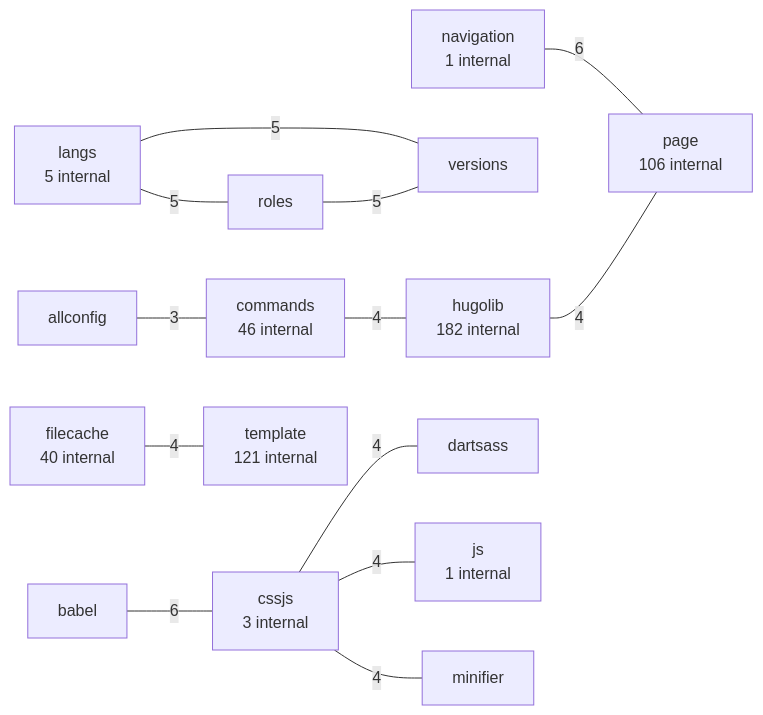
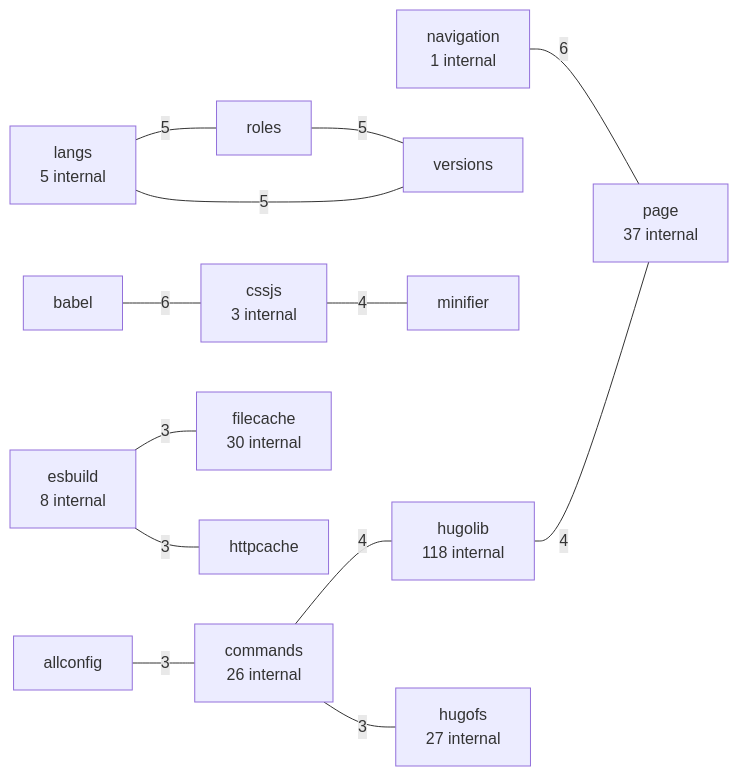
Before and after one commit to LukasSelin/doppel: the second of 3 diagrams in examples/hugo.md, drawn with Mermaid. The commit also changed other lines of this file and 36 other files, not shown here.

````diff
--- a/examples/hugo.md
+++ b/examples/hugo.md
@@ -123,30 +123,30 @@
 ```mermaid
 flowchart LR
     p0["babel"]
     p1["cssjs<br/>3 internal"]
     p0 ---|"6"| p1
     p2["navigation<br/>1 internal"]
-    p3["page<br/>106 internal"]
+    p3["page<br/>37 internal"]
     p2 ---|"6"| p3
     p4["langs<br/>5 internal"]
     p5["roles"]
     p4 ---|"5"| p5
     p6["versions"]
     p4 ---|"5"| p6
     p5 ---|"5"| p6
-    p7["commands<br/>46 internal"]
-    p8["hugolib<br/>182 internal"]
+    p7["commands<br/>26 internal"]
+    p8["hugolib<br/>118 internal"]
     p7 ---|"4"| p8
-    p9["dartsass"]
+    p9["minifier"]
     p1 ---|"4"| p9
-    p10["js<br/>1 internal"]
-    p1 ---|"4"| p10
-    p11["minifier"]
-    p1 ---|"4"| p11
-    p12["filecache<br/>40 internal"]
-    p13["template<br/>121 internal"]
-    p12 ---|"4"| p13
     p8 ---|"4"| p3
-    p14["allconfig"]
-    p14 ---|"3"| p7
+    p10["allconfig"]
+    p10 ---|"3"| p7
+    p11["hugofs<br/>27 internal"]
+    p7 ---|"3"| p11
+    p12["esbuild<br/>8 internal"]
+    p13["filecache<br/>30 internal"]
+    p12 ---|"3"| p13
+    p14["httpcache"]
+    p12 ---|"3"| p14
 ```
````
